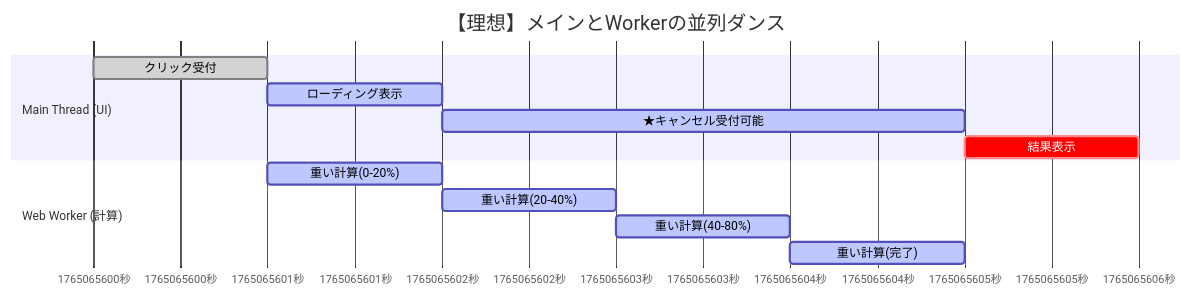
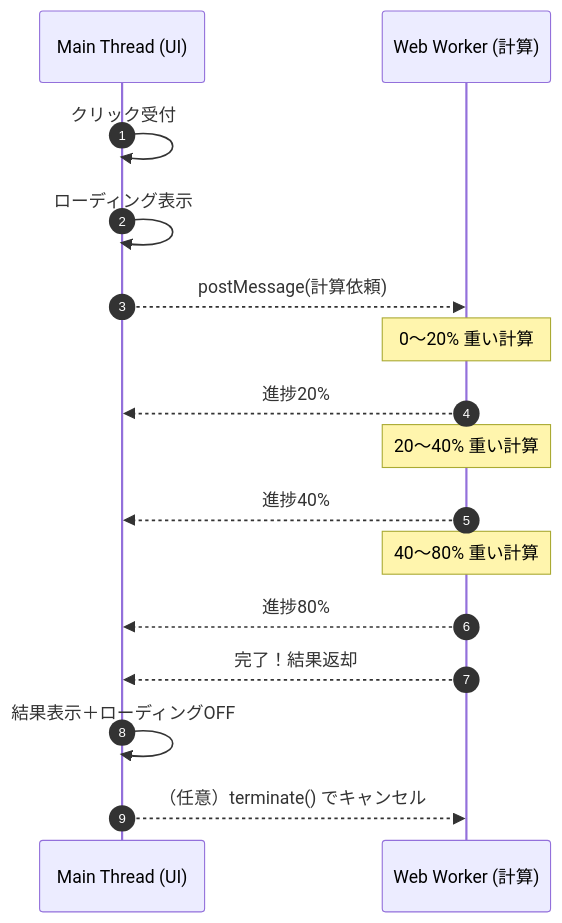
One commit to komiyamma/site_ichika_study_async_await_fetch changed the diagram in D15.md. Above: the diagram before and after it, drawn with Mermaid. The commit also changed other lines of this file, not shown here.

Commit message:
feat: D15.mdの並列処理のダンスセクションを改善し、シーケンス図を追加

````diff
--- a/D15.md
+++ b/D15.md
@@ -25,18 +25,19 @@
 ```mermaid
-gantt
-    title 【理想】メインとWorkerの並列ダンス
-    dateFormat s
-    axisFormat %s秒
-    
-    section Main Thread (UI)
-    クリック受付      :done, m1, 0, 1
-    ローディング表示   :active, m2, 1, 2
-    ★キャンセル受付可能 :active, m3, 2, 5
-    結果表示          :crit, m4, 5, 6
+sequenceDiagram
+    autonumber
+    participant UI as Main Thread (UI)
+    participant WK as Web Worker (計算)
 
-    section Web Worker (計算)
-    重い計算(0-20%)   :active, w1, 1, 2
-    重い計算(20-40%)  :active, w2, 2, 3
-    重い計算(40-80%)  :active, w3, 3, 4
-    重い計算(完了)    :active, w4, 4, 5
+    UI->>UI: クリック受付
+    UI->>UI: ローディング表示
+    UI-->>WK: postMessage(計算依頼)
+    Note over WK: 0〜20% 重い計算
+    WK-->>UI: 進捗20%
+    Note over WK: 20〜40% 重い計算
+    WK-->>UI: 進捗40%
+    Note over WK: 40〜80% 重い計算
+    WK-->>UI: 進捗80%
+    WK-->>UI: 完了！結果返却
+    UI->>UI: 結果表示＋ローディングOFF
+    UI-->>WK: （任意）terminate() でキャンセル
 ```
````
